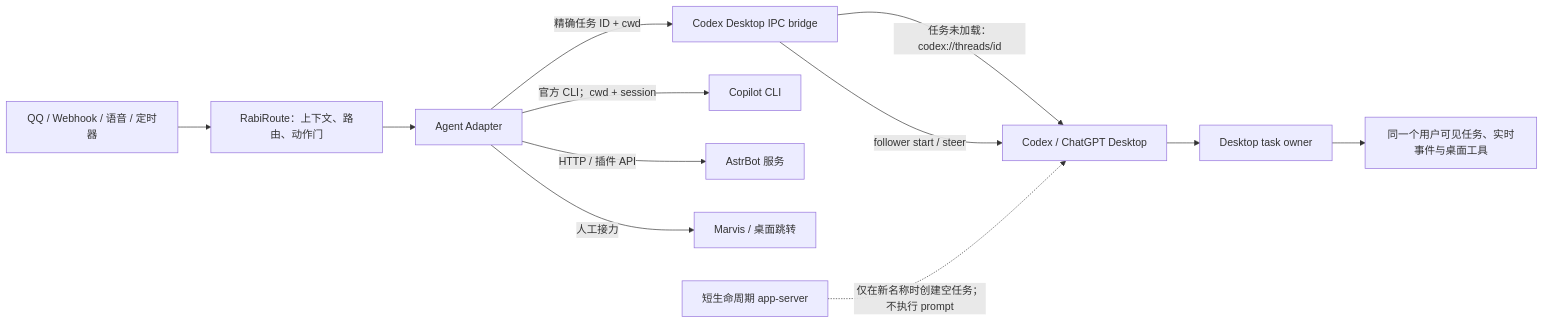
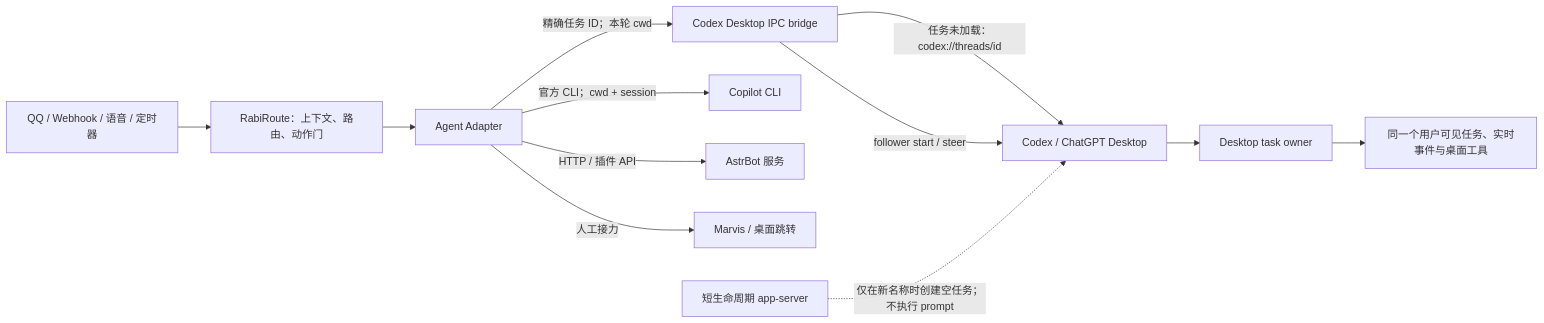
Before and after one commit to vb2250158/RabiRoute: the diagram in docs/agent-adapter-integration-lessons.md, drawn with Mermaid. The commit also changed other lines of this file and 140 other files, not shown here.

````diff
--- a/docs/agent-adapter-integration-lessons.md
+++ b/docs/agent-adapter-integration-lessons.md
@@ -245,14 +245,14 @@
 ```mermaid
 flowchart LR
     I["QQ / Webhook / 语音 / 定时器"] --> R["RabiRoute：上下文、路由、动作门"]
     R --> A["Agent Adapter"]
-    A -->|"精确任务 ID + cwd"| B["Codex Desktop IPC bridge"]
+    A -->|"精确任务 ID；本轮 cwd"| B["Codex Desktop IPC bridge"]
     B -->|"任务未加载：codex://threads/id"| D["Codex / ChatGPT Desktop"]
     B -->|"follower start / steer"| D
     D --> O["Desktop task owner"]
     O --> T["同一个用户可见任务、实时事件与桌面工具"]
     A -->|"官方 CLI；cwd + session"| P["Copilot CLI"]
     A -->|"HTTP / 插件 API"| S["AstrBot 服务"]
     A -->|"人工接力"| M["Marvis / 桌面跳转"]
     X["短生命周期 app-server"] -. "仅在新名称时创建空任务；不执行 prompt" .-> D
 ```
````
